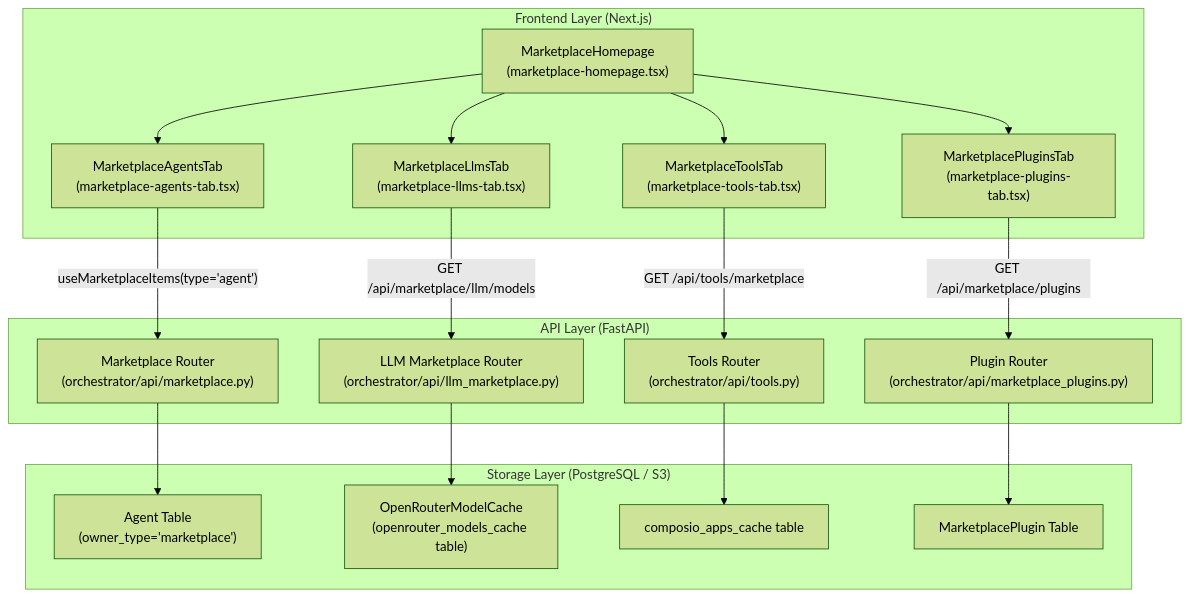
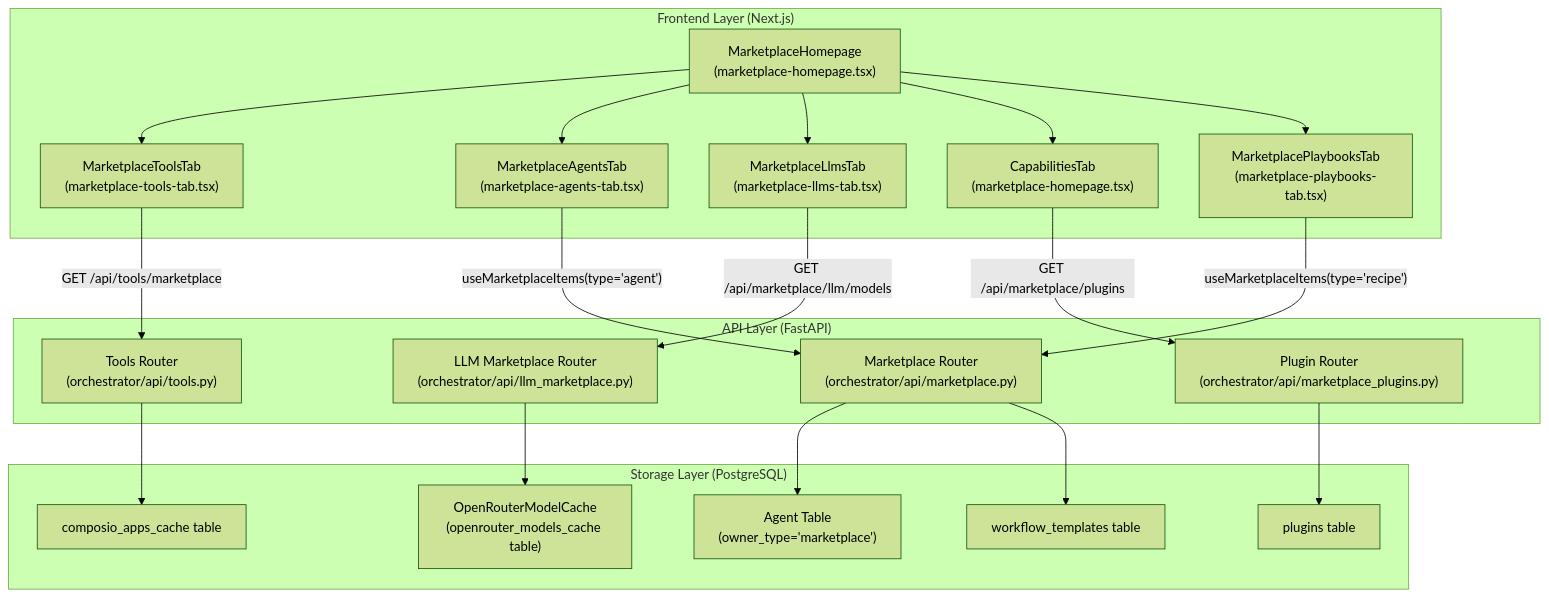
One commit to AutomatosAI/automatos-ai changed the first of 2 diagrams in docs/community-marketplace/marketplace-overview.md. Above: the diagram before and after it, drawn with Mermaid (forest theme). The commit also changed other lines of this file and 191 other files, not shown here.

````diff
--- a/docs/community-marketplace/marketplace-overview.md
+++ b/docs/community-marketplace/marketplace-overview.md
@@ -42,36 +55,40 @@
 ```mermaid
 graph TB
     subgraph "Frontend Layer (Next.js)"
         MP_Home["MarketplaceHomepage<br/>(marketplace-homepage.tsx)"]
         Tab_Tools["MarketplaceToolsTab<br/>(marketplace-tools-tab.tsx)"]
         Tab_Agents["MarketplaceAgentsTab<br/>(marketplace-agents-tab.tsx)"]
         Tab_LLM["MarketplaceLlmsTab<br/>(marketplace-llms-tab.tsx)"]
-        Tab_Plugins["MarketplacePluginsTab<br/>(marketplace-plugins-tab.tsx)"]
+        Tab_Cap["CapabilitiesTab<br/>(marketplace-homepage.tsx)"]
+        Tab_Playbooks["MarketplacePlaybooksTab<br/>(marketplace-playbooks-tab.tsx)"]
     end
     
     subgraph "API Layer (FastAPI)"
         Router_MP["Marketplace Router<br/>(orchestrator/api/marketplace.py)"]
         Router_Tools["Tools Router<br/>(orchestrator/api/tools.py)"]
         Router_LLM["LLM Marketplace Router<br/>(orchestrator/api/llm_marketplace.py)"]
         Router_Plugins["Plugin Router<br/>(orchestrator/api/marketplace_plugins.py)"]
     end
     
-    subgraph "Storage Layer (PostgreSQL / S3)"
+    subgraph "Storage Layer (PostgreSQL)"
         Table_Agents["Agent Table<br/>(owner_type='marketplace')"]
         Table_OR_Cache["OpenRouterModelCache<br/>(openrouter_models_cache table)"]
         Table_Tools_Cache["composio_apps_cache table"]
-        Table_Plugins["MarketplacePlugin Table"]
+        Table_Plugins["plugins table"]
+        Table_WorkflowTemplates["workflow_templates table"]
     end
 
-    MP_Home --> Tab_Tools & Tab_Agents & Tab_LLM & Tab_Plugins
+    MP_Home --> Tab_Tools & Tab_Agents & Tab_LLM & Tab_Cap & Tab_Playbooks
     
     Tab_Agents -- "useMarketplaceItems(type='agent')" --> Router_MP
+    Tab_Playbooks -- "useMarketplaceItems(type='recipe')" --> Router_MP
     Tab_LLM -- "GET /api/marketplace/llm/models" --> Router_LLM
     Tab_Tools -- "GET /api/tools/marketplace" --> Router_Tools
-    Tab_Plugins -- "GET /api/marketplace/plugins" --> Router_Plugins
+    Tab_Cap -- "GET /api/marketplace/plugins" --> Router_Plugins
     
     Router_MP --> Table_Agents
+    Router_MP --> Table_WorkflowTemplates
     Router_LLM --> Table_OR_Cache
     Router_Tools --> Table_Tools_Cache
     Router_Plugins --> Table_Plugins
 ```
````
